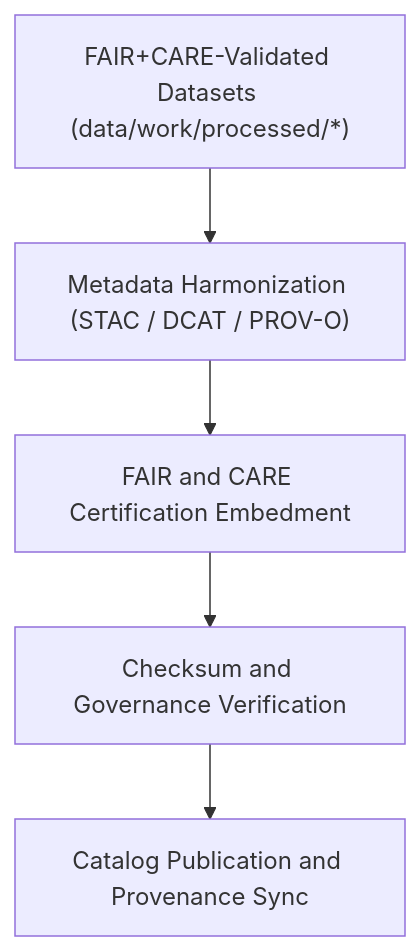
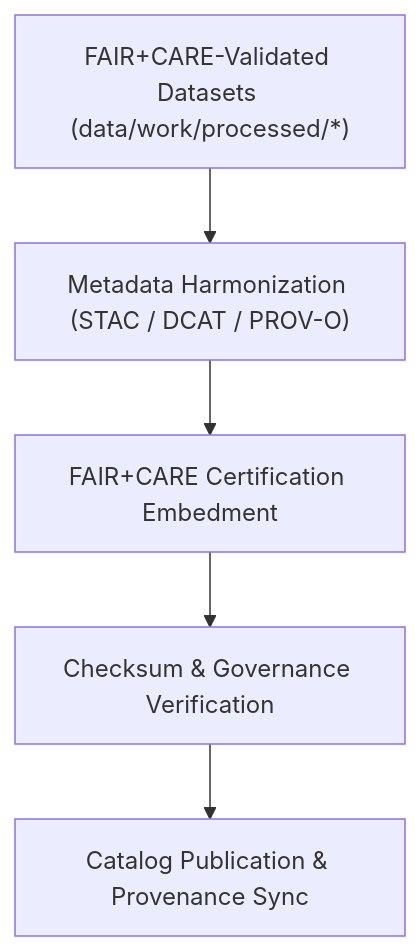
The diagram in data/work/processed/metadata/README.md (bartytime4life/Kansas-Frontier-Matrix), drawn with Mermaid before and after one commit. The commit also changed other lines of this file, not shown here.

````diff
--- a/data/work/processed/metadata/README.md
+++ b/data/work/processed/metadata/README.md
@@ -61,7 +67,7 @@
 ```mermaid
 flowchart TD
     A["FAIR+CARE-Validated Datasets (data/work/processed/*)"] --> B["Metadata Harmonization (STAC / DCAT / PROV-O)"]
-    B --> C["FAIR and CARE Certification Embedment"]
-    C --> D["Checksum and Governance Verification"]
-    D --> E["Catalog Publication and Provenance Sync"]
+    B --> C["FAIR+CARE Certification Embedment"]
+    C --> D["Checksum & Governance Verification"]
+    D --> E["Catalog Publication & Provenance Sync"]
 ```
````
